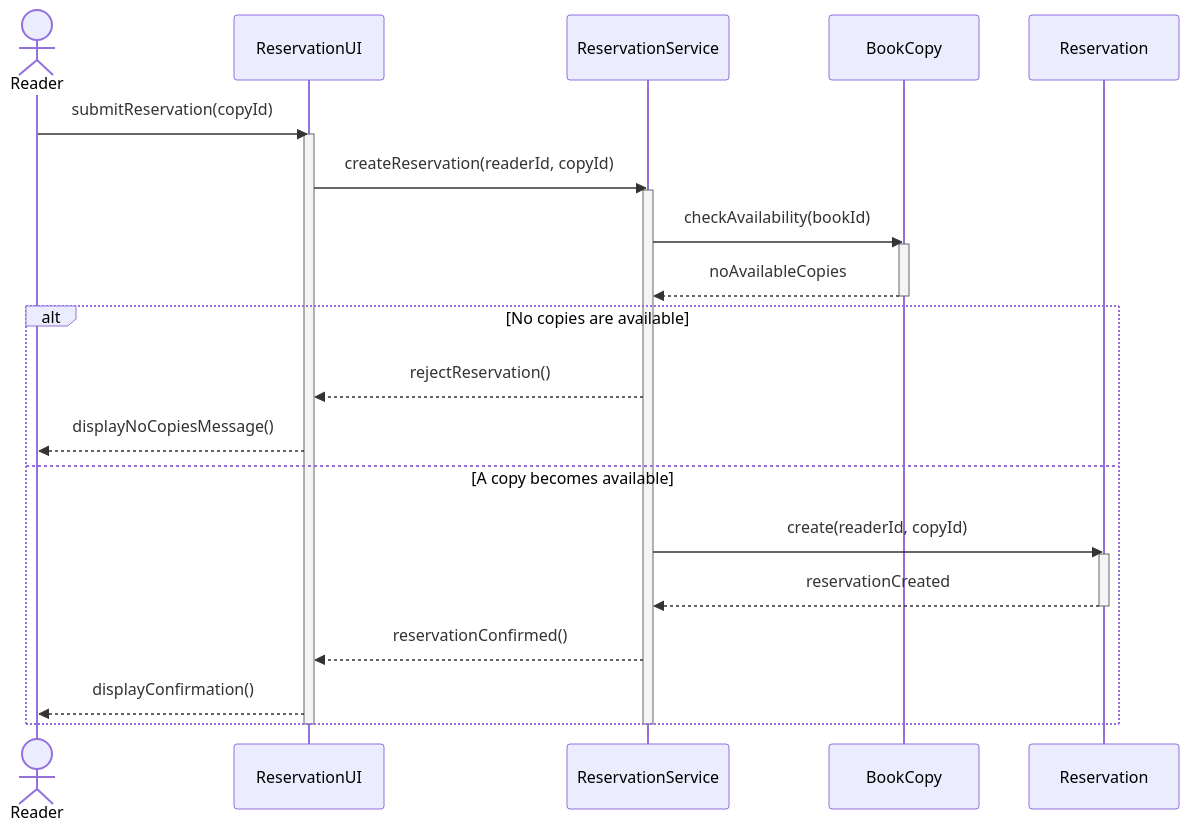
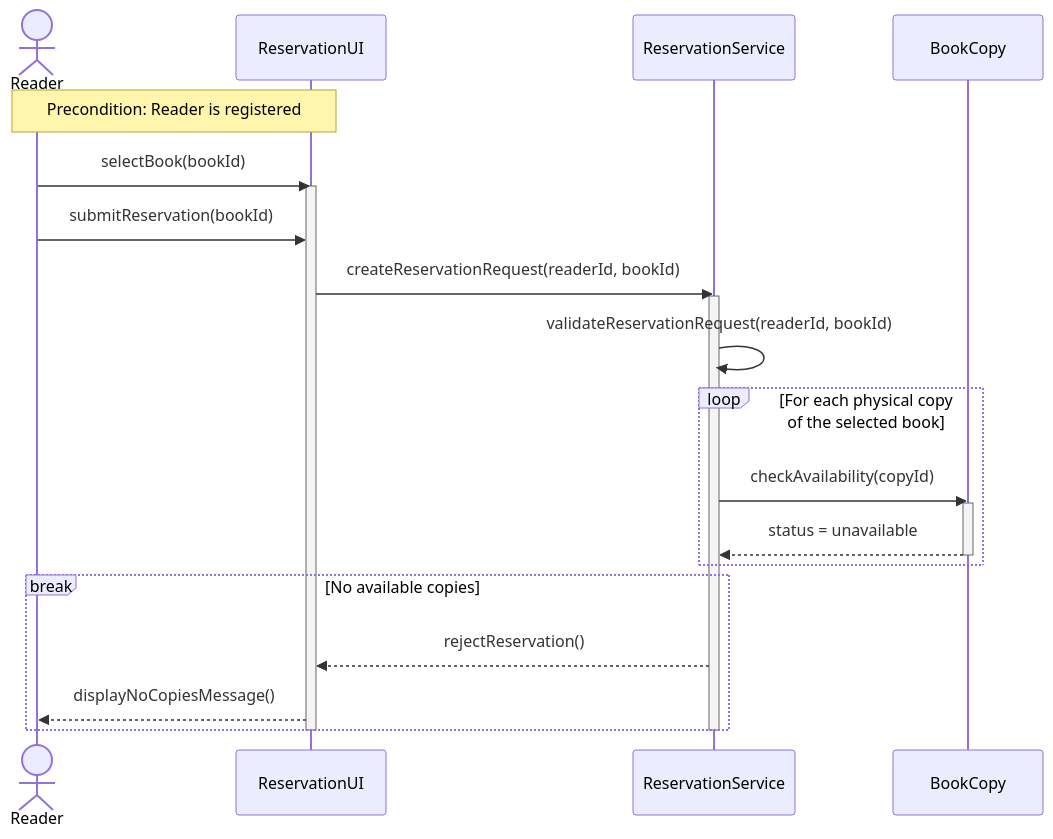
The diagram in sequence/SC-02-no-available-copies.mmd (liza051/library-sequence-diagrams), drawn with Mermaid before and after one commit.

Commit message:
Fix SC-02 physical copy availability check

```diff
--- a/sequence/SC-02-no-available-copies.mmd
+++ b/sequence/SC-02-no-available-copies.mmd
@@ -1,32 +1,32 @@
 sequenceDiagram
     actor Reader
     participant UI as ReservationUI
     participant Service as ReservationService
     participant Copy as BookCopy
-    participant Reservation
 
-    Reader->>UI: submitReservation(copyId)
+    Note over Reader,UI: Precondition: Reader is registered
+
+    Reader->>UI: selectBook(bookId)
     activate UI
 
-    UI->>Service: createReservation(readerId, copyId)
+    Reader->>UI: submitReservation(bookId)
+
+    UI->>Service: createReservationRequest(readerId, bookId)
     activate Service
 
-    Service->>Copy: checkAvailability(bookId)
-    activate Copy
-    Copy-->>Service: noAvailableCopies
-    deactivate Copy
+    Service->>Service: validateReservationRequest(readerId, bookId)
 
-    alt No copies are available
+    loop For each physical copy of the selected book
+        Service->>Copy: checkAvailability(copyId)
+        activate Copy
+        Copy-->>Service: status = unavailable
+        deactivate Copy
+    end
+
+    break No available copies
         Service-->>UI: rejectReservation()
         UI-->>Reader: displayNoCopiesMessage()
-    else A copy becomes available
-        Service->>Reservation: create(readerId, copyId)
-        activate Reservation
-        Reservation-->>Service: reservationCreated
-        deactivate Reservation
-        Service-->>UI: reservationConfirmed()
-        UI-->>Reader: displayConfirmation()
     end
 
     deactivate Service
     deactivate UI
```
